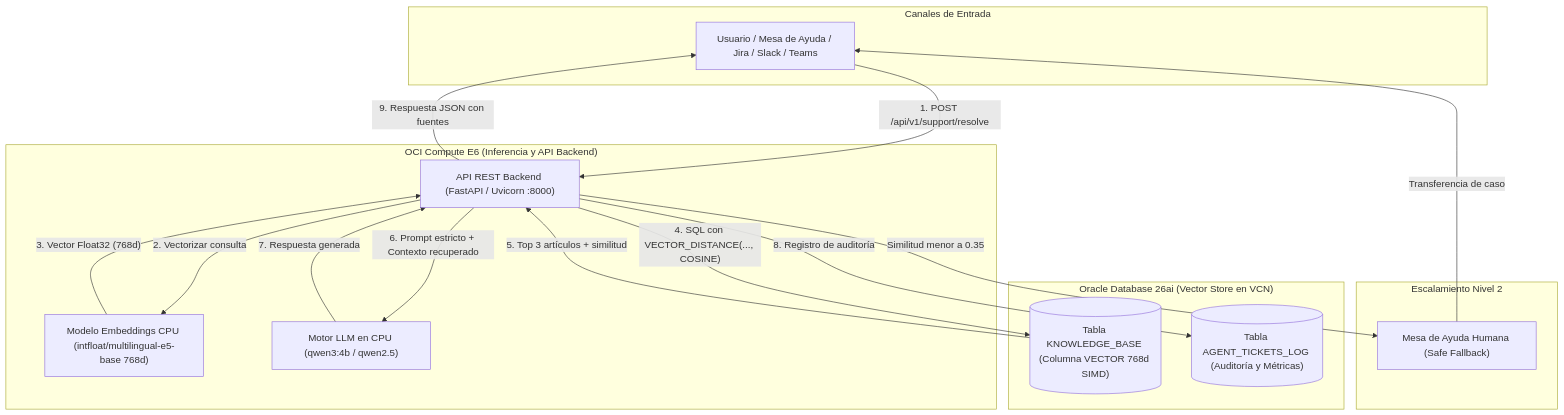
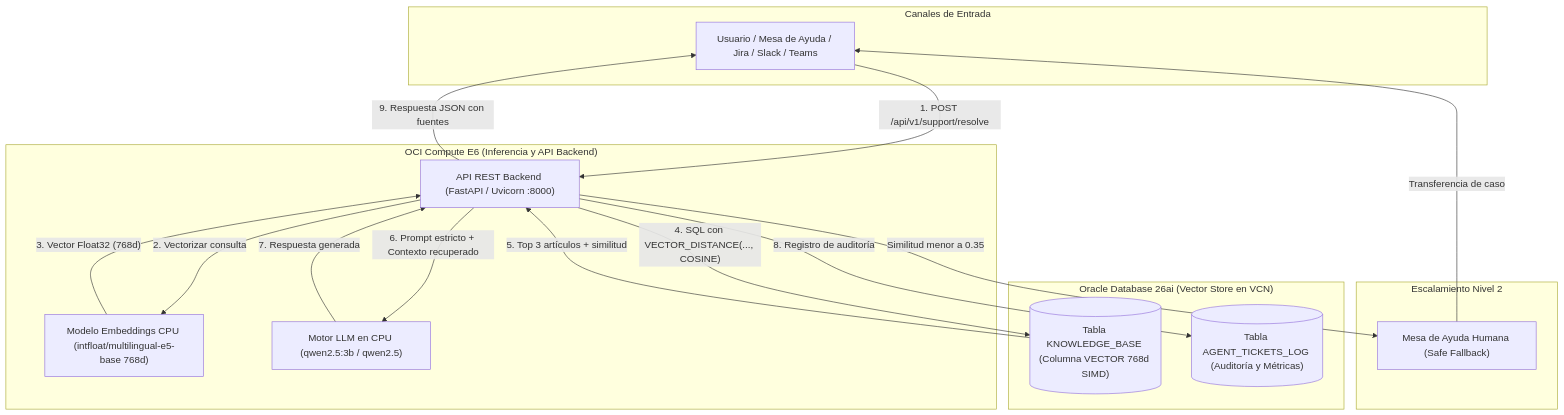
The diagram in README.md (tipsforcloud/Oracle-VectorDesk), drawn with Mermaid before and after one commit. The commit also changed other lines of this file and 5 other files, not shown here.

Commit message:
feat(llm): switch default CPU inference model to qwen2.5:3b for ultra-fast response times

````diff
--- a/README.md
+++ b/README.md
@@ -31,35 +31,35 @@
 ```mermaid
 flowchart TD
     subgraph Canales ["Canales de Entrada"]
         User["Usuario / Mesa de Ayuda / Jira / Slack / Teams"]
     end
 
     subgraph VM_Compute ["OCI Compute E6 (Inferencia y API Backend)"]
         API["API REST Backend (FastAPI / Uvicorn :8000)"]
         EmbedModel["Modelo Embeddings CPU (intfloat/multilingual-e5-base 768d)"]
-        Ollama["Motor LLM en CPU (qwen3:4b / qwen2.5)"]
+        Ollama["Motor LLM en CPU (qwen2.5:3b / qwen2.5)"]
     end
 
     subgraph Oracle_DB ["Oracle Database 26ai (Vector Store en VCN)"]
         KB_Table[("Tabla KNOWLEDGE_BASE (Columna VECTOR 768d SIMD)")]
         Audit_Table[("Tabla AGENT_TICKETS_LOG (Auditoría y Métricas)")]
     end
 
     subgraph Soporte_Humano ["Escalamiento Nivel 2"]
         Escalar["Mesa de Ayuda Humana (Safe Fallback)"]
     end
 
     User -->|"1. POST /api/v1/support/resolve"| API
     API -->|"2. Vectorizar consulta"| EmbedModel
     EmbedModel -->|"3. Vector Float32 (768d)"| API
     API -->|"4. SQL con VECTOR_DISTANCE(..., COSINE)"| KB_Table
     KB_Table -->|"5. Top 3 artículos + similitud"| API
     
     API -->|"Similitud menor a 0.35"| Escalar
     Escalar -->|"Transferencia de caso"| User
     
     API -->|"6. Prompt estricto + Contexto recuperado"| Ollama
     Ollama -->|"7. Respuesta generada"| API
     API -->|"8. Registro de auditoría"| Audit_Table
     API -->|"9. Respuesta JSON con fuentes"| User
 ```
````
